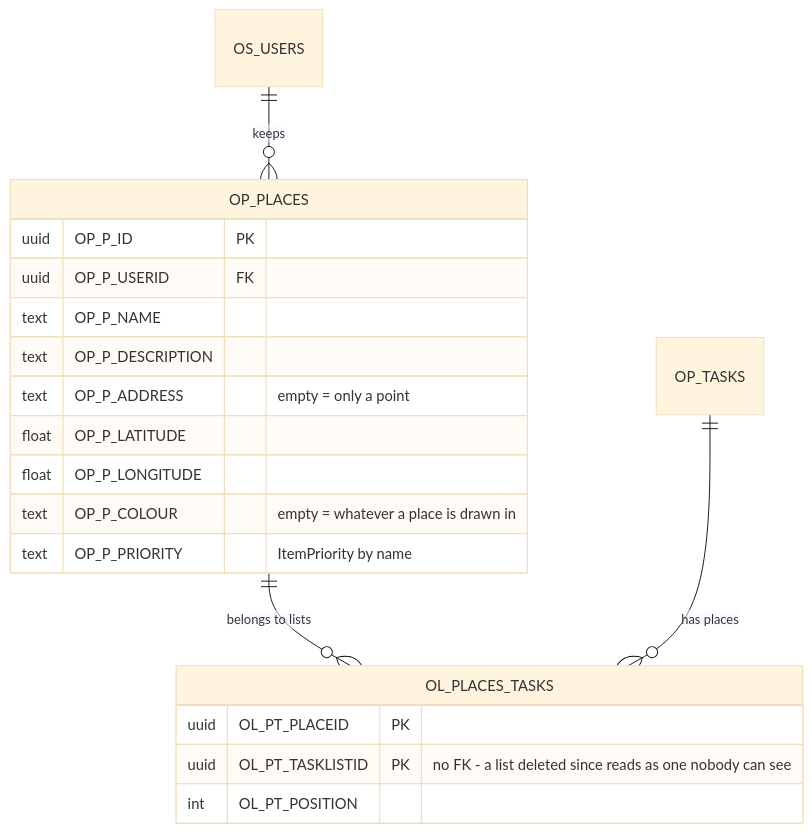
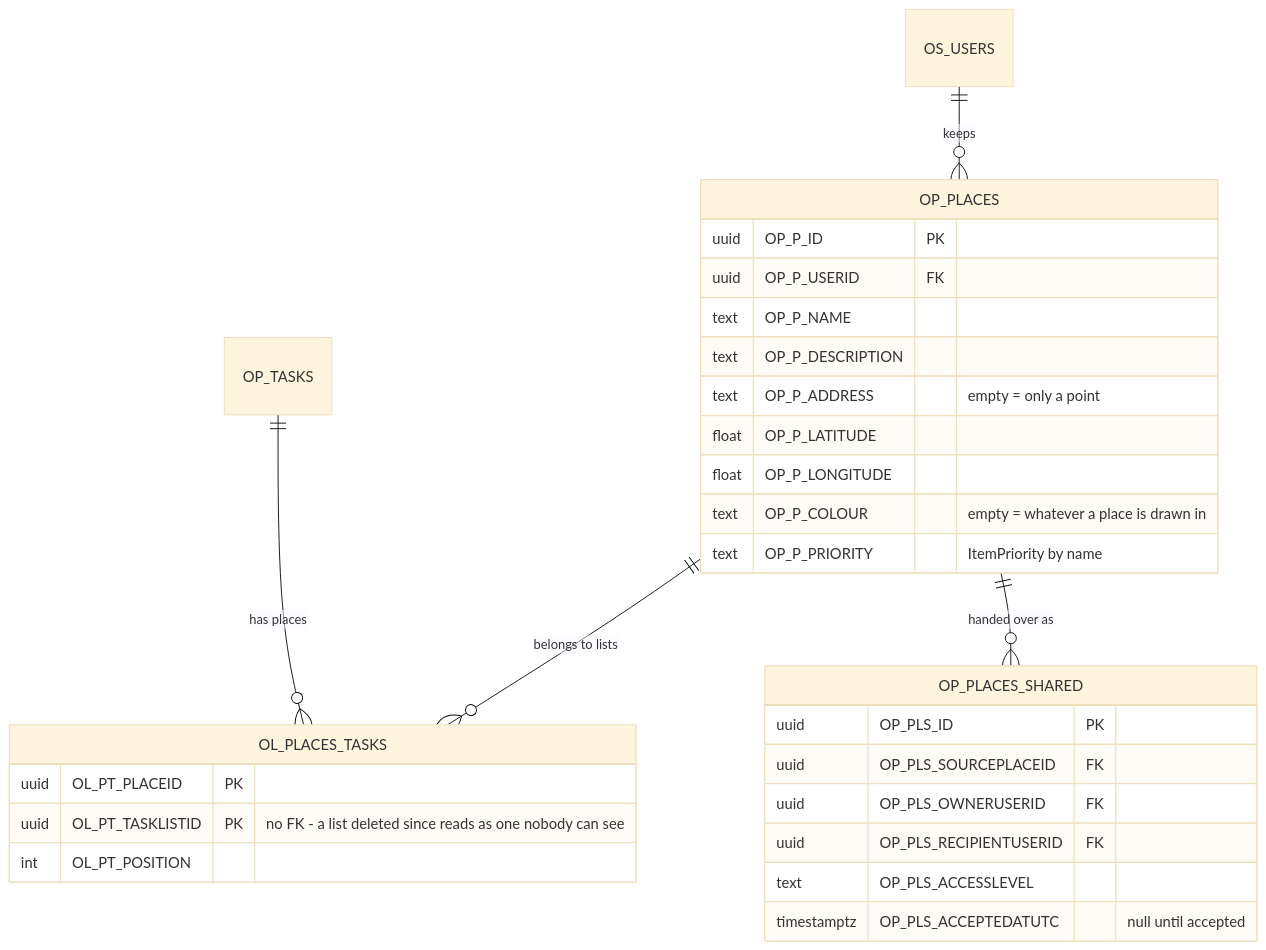
One commit to NorArax-NeflinOwl/orbit changed the fourth of 6 diagrams in info/uml/database.md. Above: the diagram before and after it, drawn with Mermaid (base theme). The commit also changed other lines of this file and 60 other files, not shown here.

````diff
--- a/info/uml/database.md
+++ b/info/uml/database.md
@@ -244,23 +244,32 @@
 ```mermaid
 erDiagram
     OS_USERS ||--o{ OP_PLACES : keeps
     OP_PLACES ||--o{ OL_PLACES_TASKS : "belongs to lists"
     OP_TASKS ||--o{ OL_PLACES_TASKS : "has places"
+    OP_PLACES ||--o{ OP_PLACES_SHARED : "handed over as"
 
     OP_PLACES {
         uuid OP_P_ID PK
         uuid OP_P_USERID FK
         text OP_P_NAME
         text OP_P_DESCRIPTION
         text OP_P_ADDRESS "empty = only a point"
         float OP_P_LATITUDE
         float OP_P_LONGITUDE
         text OP_P_COLOUR "empty = whatever a place is drawn in"
         text OP_P_PRIORITY "ItemPriority by name"
     }
     OL_PLACES_TASKS {
         uuid OL_PT_PLACEID PK
         uuid OL_PT_TASKLISTID PK "no FK - a list deleted since reads as one nobody can see"
         int OL_PT_POSITION
     }
+    OP_PLACES_SHARED {
+        uuid OP_PLS_ID PK
+        uuid OP_PLS_SOURCEPLACEID FK
+        uuid OP_PLS_OWNERUSERID FK
+        uuid OP_PLS_RECIPIENTUSERID FK
+        text OP_PLS_ACCESSLEVEL
+        timestamptz OP_PLS_ACCEPTEDATUTC "null until accepted"
+    }
 ```
````
